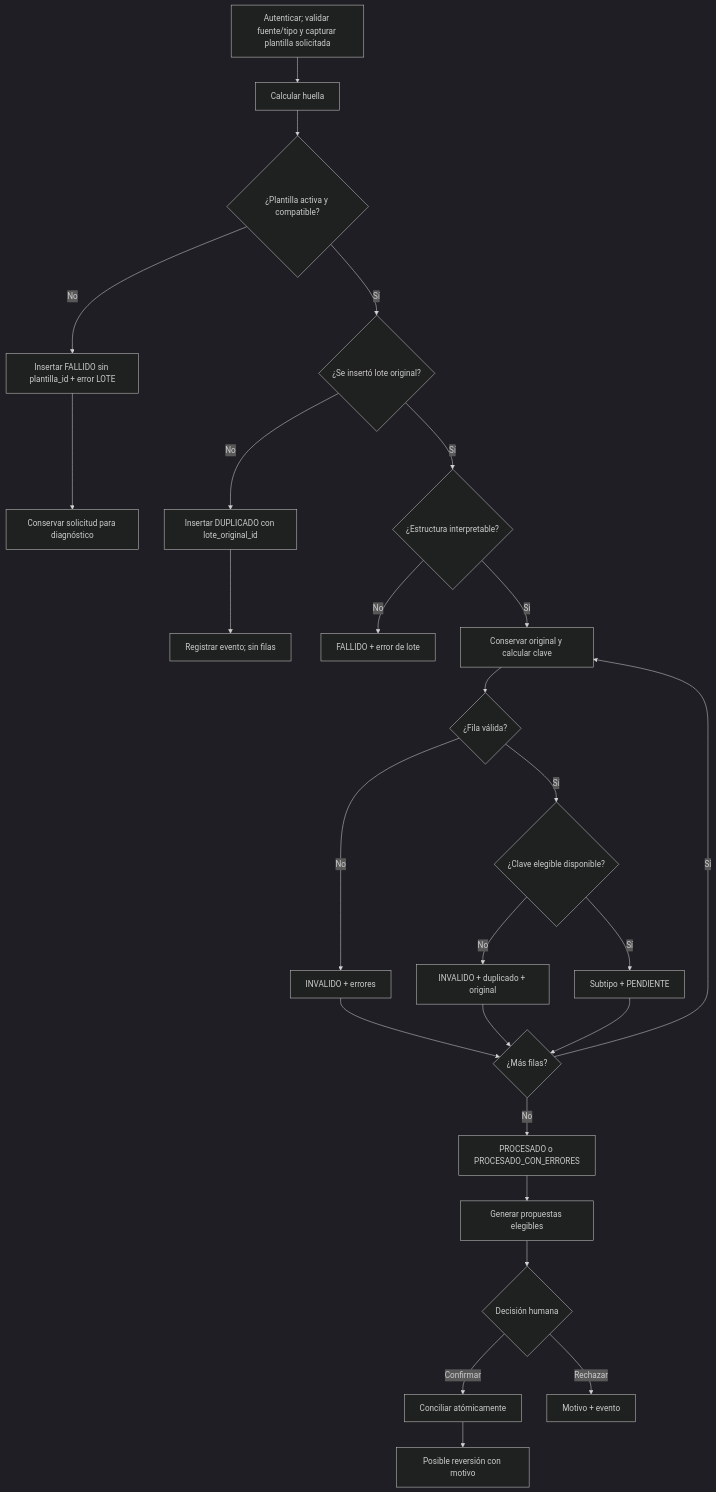
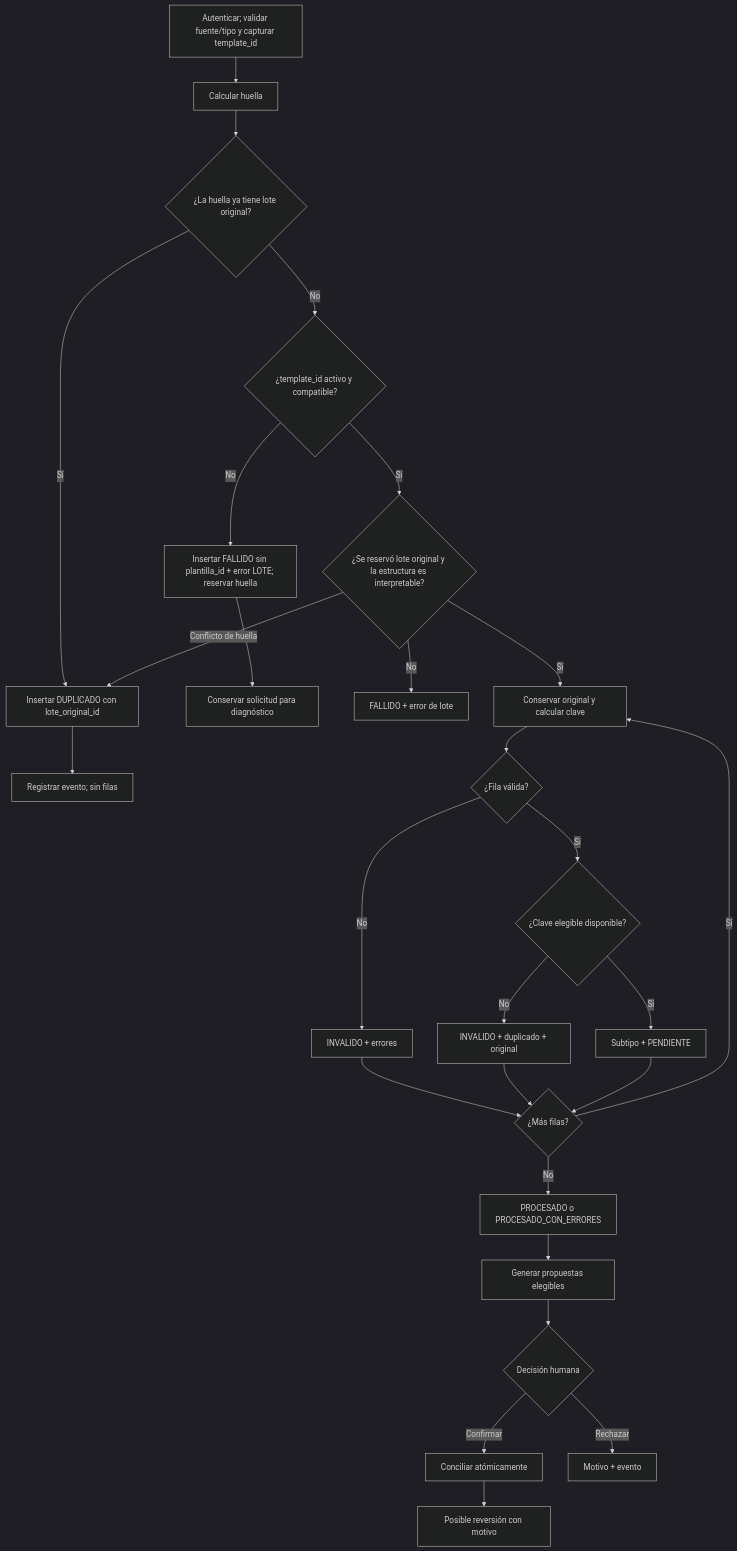
The third of 8 diagrams in docs/segunda-entrega/06-diagramas.md (turkaym/conciliador-financiero), drawn with Mermaid (dark theme) before and after one commit. The commit also changed other lines of this file and 50 other files, not shown here.

````diff
--- a/docs/segunda-entrega/06-diagramas.md
+++ b/docs/segunda-entrega/06-diagramas.md
@@ -32,28 +33,29 @@
 ```mermaid
 flowchart TD
- A[Autenticar; validar fuente/tipo y capturar plantilla solicitada] --> H[Calcular huella]
- H --> T{¿Plantilla activa y compatible?}
- T -- No --> PF[Insertar FALLIDO sin plantilla_id + error LOTE]
+ A[Autenticar; validar fuente/tipo y capturar template_id] --> H[Calcular huella]
+ H --> U{¿La huella ya tiene lote original?}
+ U -- Sí --> DU[Insertar DUPLICADO con lote_original_id]
+ DU --> Z[Registrar evento; sin filas]
+ U -- No --> T{¿template_id activo y compatible?}
+ T -- No --> PF[Insertar FALLIDO sin plantilla_id + error LOTE; reservar huella]
  PF --> PZ[Conservar solicitud para diagnóstico]
- T -- Sí --> U{¿Se insertó lote original?}
- U -- No --> DU[Insertar DUPLICADO con lote_original_id]
- DU --> Z[Registrar evento; sin filas]
- U -- Sí --> E{¿Estructura interpretable?}
+ T -- Sí --> E{¿Se reservó lote original y la estructura es interpretable?}
+ E -- Conflicto de huella --> DU
  E -- No --> F[FALLIDO + error de lote]
  E -- Sí --> R[Conservar original y calcular clave]
  R --> X{¿Fila válida?}
  X -- No --> IV[INVALIDO + errores]
  X -- Sí --> Q{¿Clave elegible disponible?}
  Q -- No --> ID[INVALIDO + duplicado + original]
  Q -- Sí --> PE[Subtipo + PENDIENTE]
  IV --> M{¿Más filas?}
  ID --> M
  PE --> M
  M -- Sí --> R
  M -- No --> L[PROCESADO o PROCESADO_CON_ERRORES]
  L --> G[Generar propuestas elegibles]
  G --> D{Decisión humana}
  D -- Confirmar --> C[Conciliar atómicamente]
  D -- Rechazar --> RE[Motivo + evento]
  C --> RV[Posible reversión con motivo]
 ```
````
